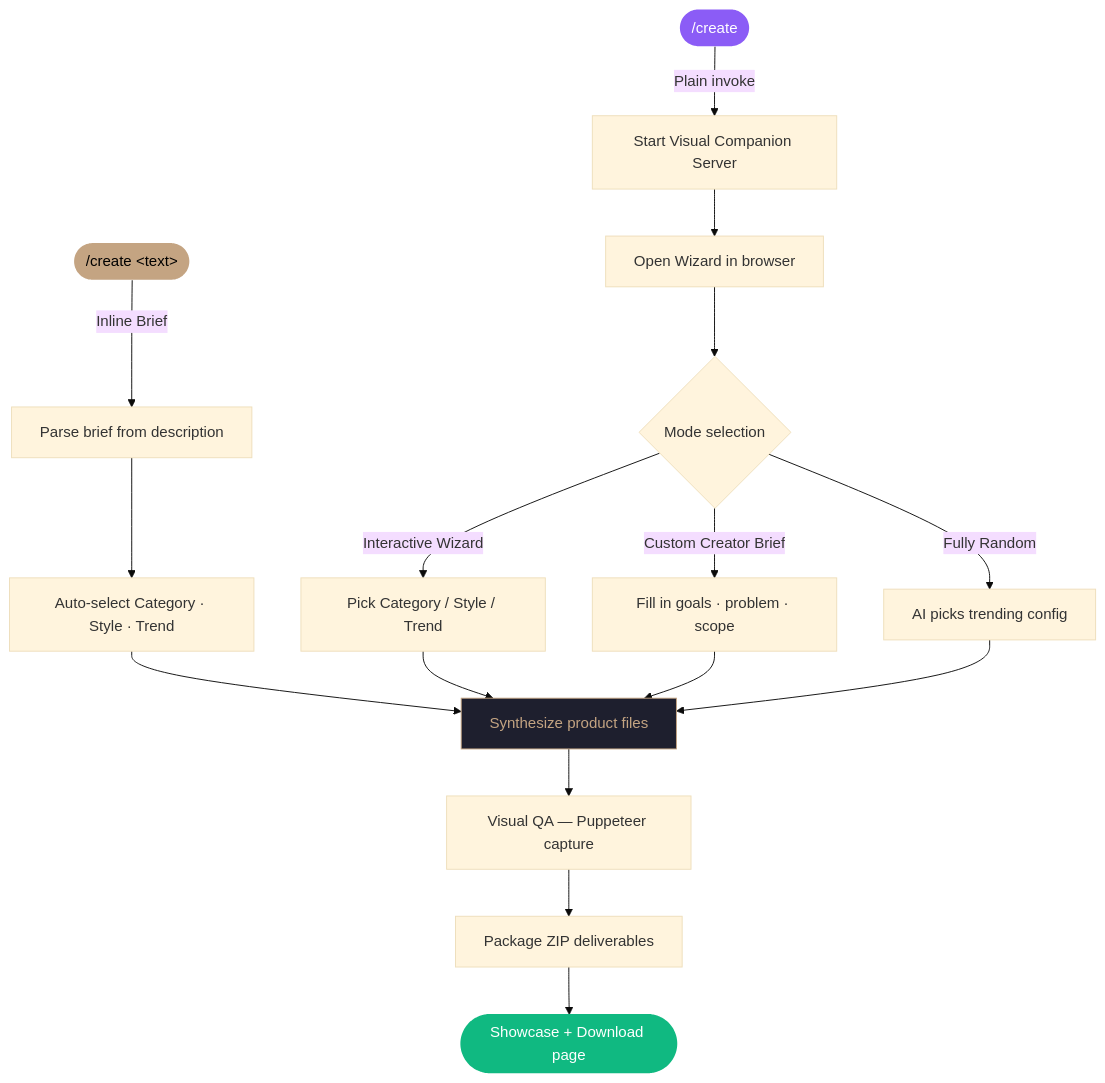
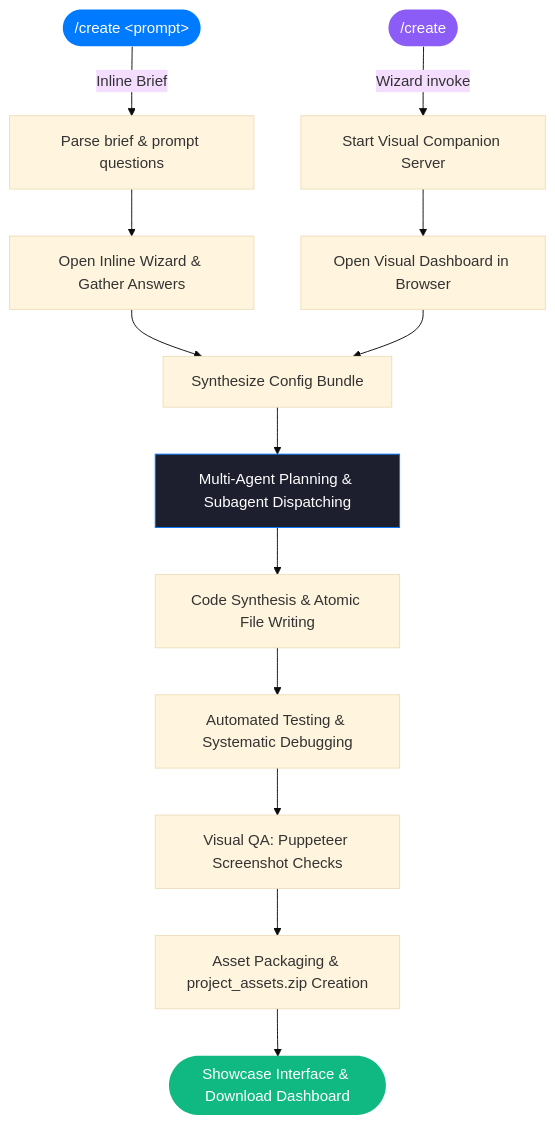
Before and after one commit to freyathenaa/create-skill: the diagram in README.md, drawn with Mermaid (base theme). The commit also changed other lines of this file and 3 other files, not shown here.

````diff
--- a/README.md
+++ b/README.md
@@ -55,27 +51,23 @@
 ```mermaid
 flowchart TD
-    A(["/create &lt;text&gt;"]) -->|Inline Brief| B[Parse brief from description]
-    A2(["/create"]) -->|Plain invoke| C[Start Visual Companion Server]
+    A(["/create &lt;prompt&gt;"]) -->|Inline Brief| B[Parse brief & prompt questions]
+    A2(["/create"]) -->|Wizard invoke| C[Start Visual Companion Server]
 
-    B --> D[Auto-select Category · Style · Trend]
-    C --> E[Open Wizard in browser]
+    B --> D[Open Inline Wizard & Gather Answers]
+    C --> E[Open Visual Dashboard in Browser]
 
-    E --> F{Mode selection}
-    F -->|Interactive Wizard| G[Pick Category / Style / Trend]
-    F -->|Custom Creator Brief| H[Fill in goals · problem · scope]
-    F -->|Fully Random| I[AI picks trending config]
+    D --> F[Synthesize Config Bundle]
+    E --> F
 
-    D --> J
-    G --> J
-    H --> J
-    I --> J
+    F --> G[Multi-Agent Planning & Subagent Dispatching]
+    G --> H[Code Synthesis & Atomic File Writing]
+    H --> I[Automated Testing & Systematic Debugging]
+    I --> J[Visual QA: Puppeteer Screenshot Checks]
+    J --> K[Asset Packaging & project_assets.zip Creation]
+    K --> L([Showcase Interface & Download Dashboard])
 
-    J[Synthesize product files] --> K[Visual QA — Puppeteer capture]
-    K --> L[Package ZIP deliverables]
-    L --> M([Showcase + Download page])
-
-    style A fill:#c4a482,color:#000,stroke:none
+    style A fill:#007AFF,color:#fff,stroke:none
     style A2 fill:#8B5CF6,color:#fff,stroke:none
-    style M fill:#10B981,color:#fff,stroke:none
-    style J fill:#1e1f2e,color:#c4a482,stroke:#c4a482
+    style L fill:#10B981,color:#fff,stroke:none
+    style G fill:#1e1f2e,color:#fff,stroke:#007AFF
 ```
````
